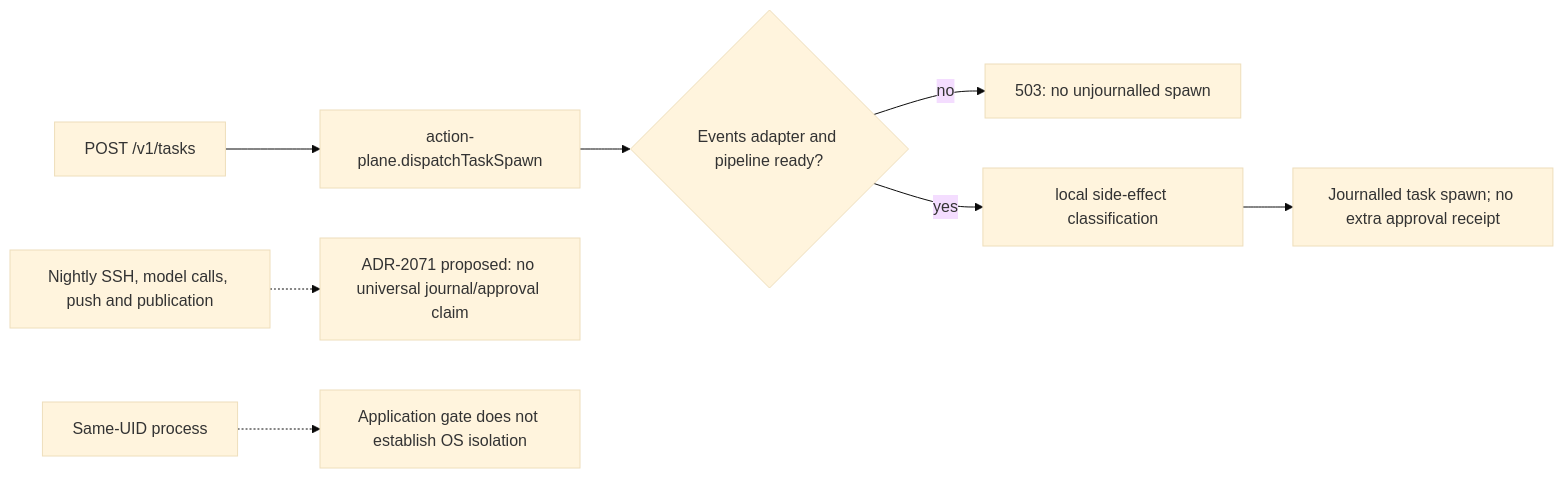
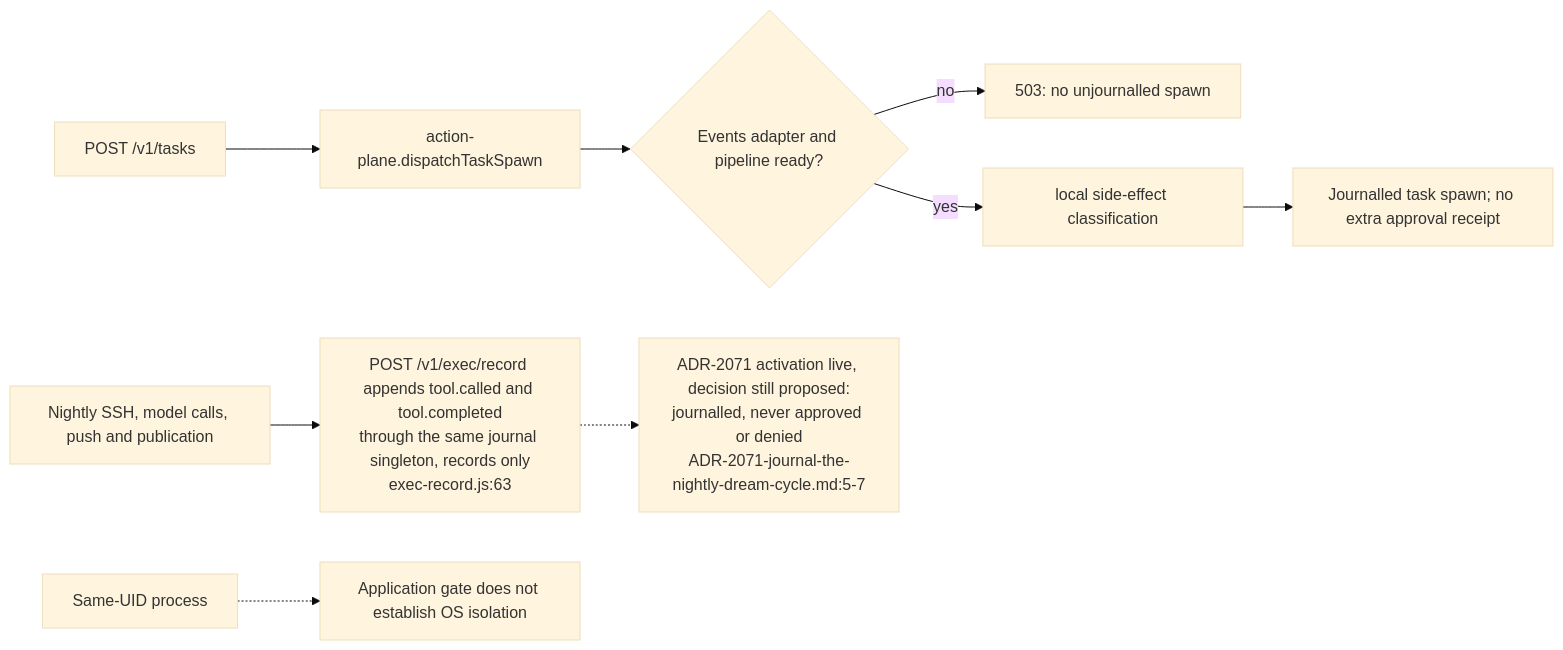
The seventh of 10 diagrams in docs/diagrams/estate/05-governance-loop-across-estate.md (DreamLab-AI/VisionFlow), drawn with Mermaid (base theme) before and after one commit. The commit also changed other lines of this file and 17 other files, not shown here.

````diff
--- a/docs/diagrams/estate/05-governance-loop-across-estate.md
+++ b/docs/diagrams/estate/05-governance-loop-across-estate.md
@@ -203,10 +213,11 @@
 ```mermaid
 flowchart LR
     TASK["POST /v1/tasks"] --> PLANE["action-plane.dispatchTaskSpawn"]
     PLANE --> READY{"Events adapter and pipeline ready?"}
     READY -->|no| REFUSE["503: no unjournalled spawn"]
     READY -->|yes| LOCAL["local side-effect classification"]
     LOCAL --> SPAWN["Journalled task spawn; no extra approval receipt"]
-    NIGHT["Nightly SSH, model calls, push and publication"] -.-> GAP["ADR-2071 proposed: no universal journal/approval claim"]
+    NIGHT["Nightly SSH, model calls, push and publication"] --> REC["POST /v1/exec/record appends tool.called and tool.completed<br/>through the same journal singleton, records only<br/>exec-record.js:63"]
+    REC -.-> GAP["ADR-2071 activation live, decision still proposed:<br/>journalled, never approved or denied<br/>ADR-2071-journal-the-nightly-dream-cycle.md:5-7"]
     PEER["Same-UID process"] -.-> LIMIT["Application gate does not establish OS isolation"]
 ```
````
